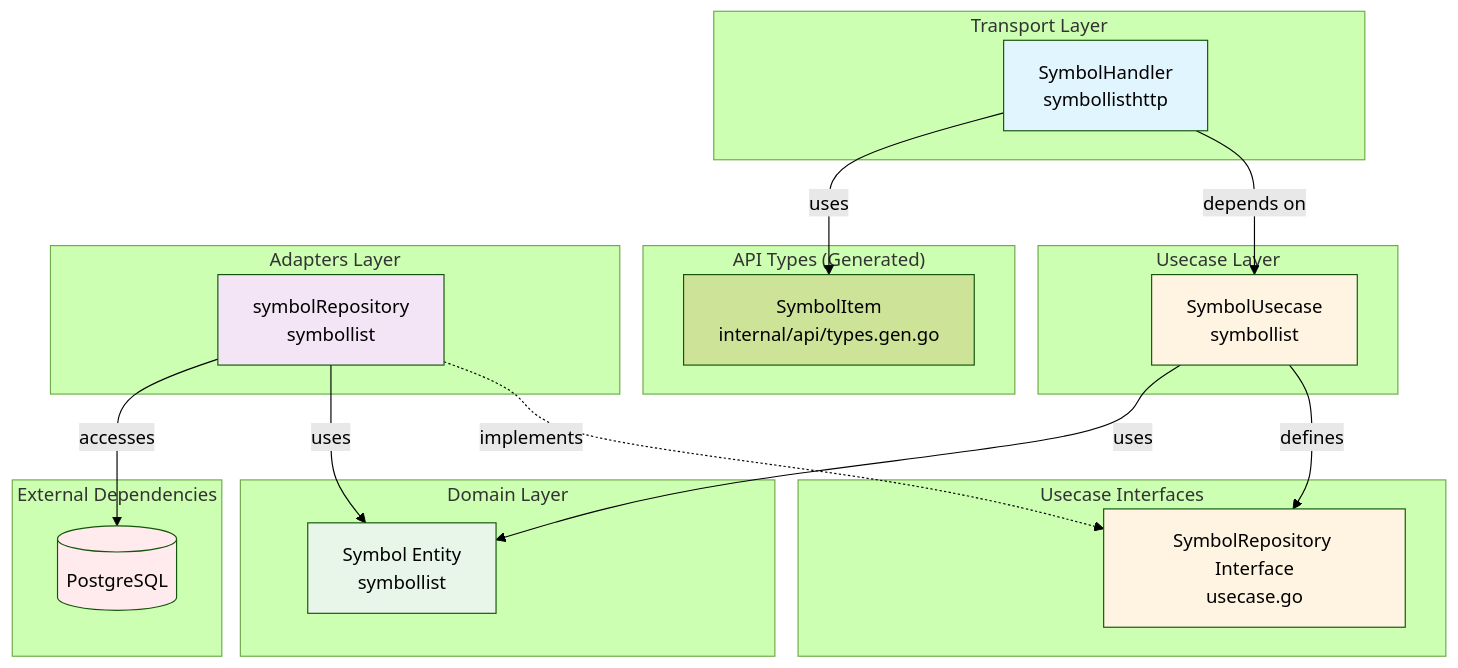
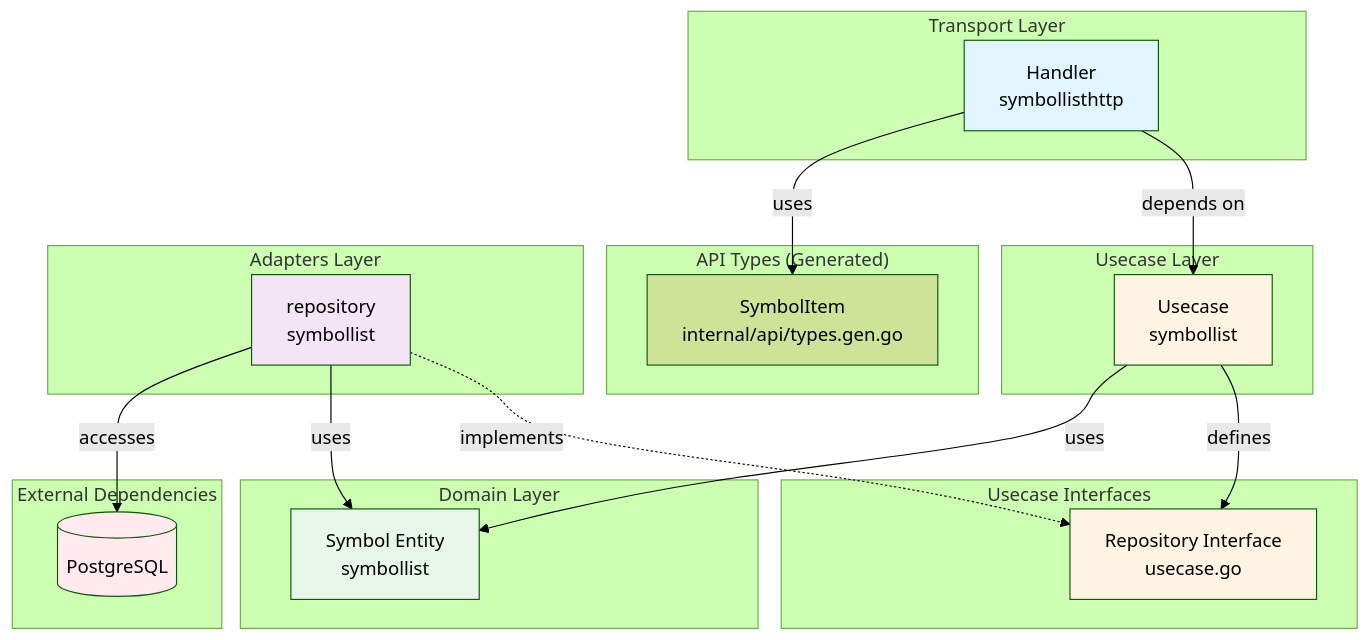
The second of 2 diagrams in internal/feature/symbollist/README.md (UCHIDAnobuhiro/stock_backend), drawn with Mermaid (forest theme) before and after one commit. The commit also changed other lines of this file and 41 other files, not shown here.

````diff
--- a/internal/feature/symbollist/README.md
+++ b/internal/feature/symbollist/README.md
@@ -87,45 +87,45 @@
 ```mermaid
 graph TB
     subgraph "Transport Layer"
-        Handler[SymbolHandler<br/>symbollisthttp]
+        Handler[Handler<br/>symbollisthttp]
     end
 
     subgraph "API Types (Generated)"
         APITypes[SymbolItem<br/>internal/api/types.gen.go]
     end
 
     subgraph "Usecase Layer"
-        Usecase[SymbolUsecase<br/>symbollist]
+        Usecase[Usecase<br/>symbollist]
     end
 
     subgraph "Domain Layer"
         Entity[Symbol Entity<br/>symbollist]
     end
 
     subgraph "Usecase Interfaces"
-        RepoInterface[SymbolRepository Interface<br/>usecase.go]
+        RepoInterface[Repository Interface<br/>usecase.go]
     end
 
     subgraph "Adapters Layer"
-        RepoImpl[symbolRepository<br/>symbollist]
+        RepoImpl[repository<br/>symbollist]
     end
 
     subgraph "External Dependencies"
         DB[(PostgreSQL)]
     end
 
     Handler -->|depends on| Usecase
     Handler -->|uses| APITypes
     Usecase -->|defines| RepoInterface
     Usecase -->|uses| Entity
     RepoImpl -.->|implements| RepoInterface
     RepoImpl -->|uses| Entity
     RepoImpl -->|accesses| DB
 
     style Handler fill:#e1f5ff
     style Usecase fill:#fff4e1
     style Entity fill:#e8f5e9
     style RepoInterface fill:#fff4e1
     style RepoImpl fill:#f3e5f5
     style DB fill:#ffebee
 ```
````
